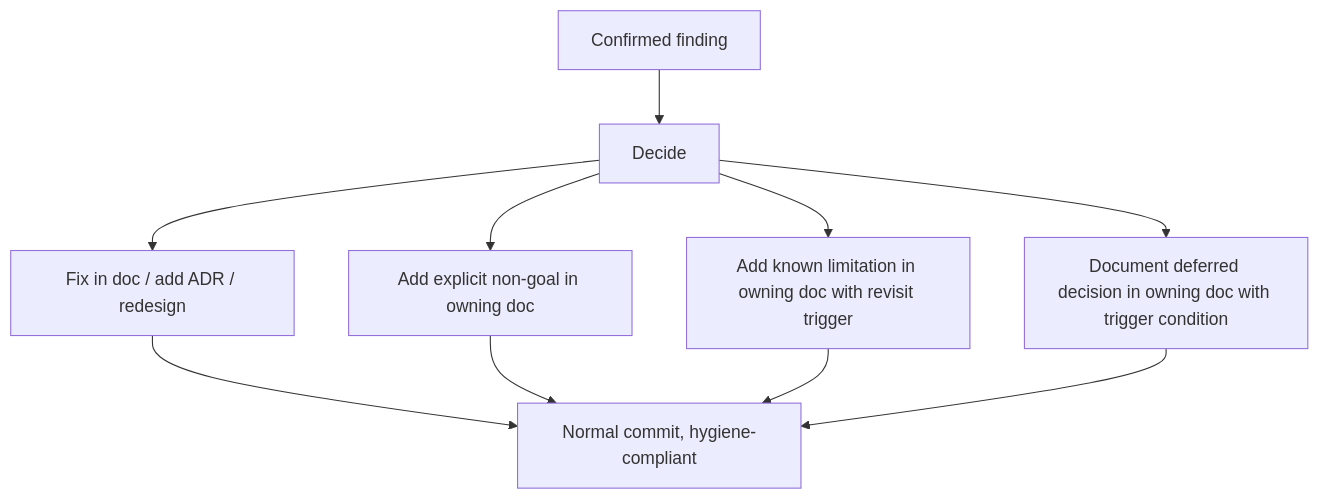
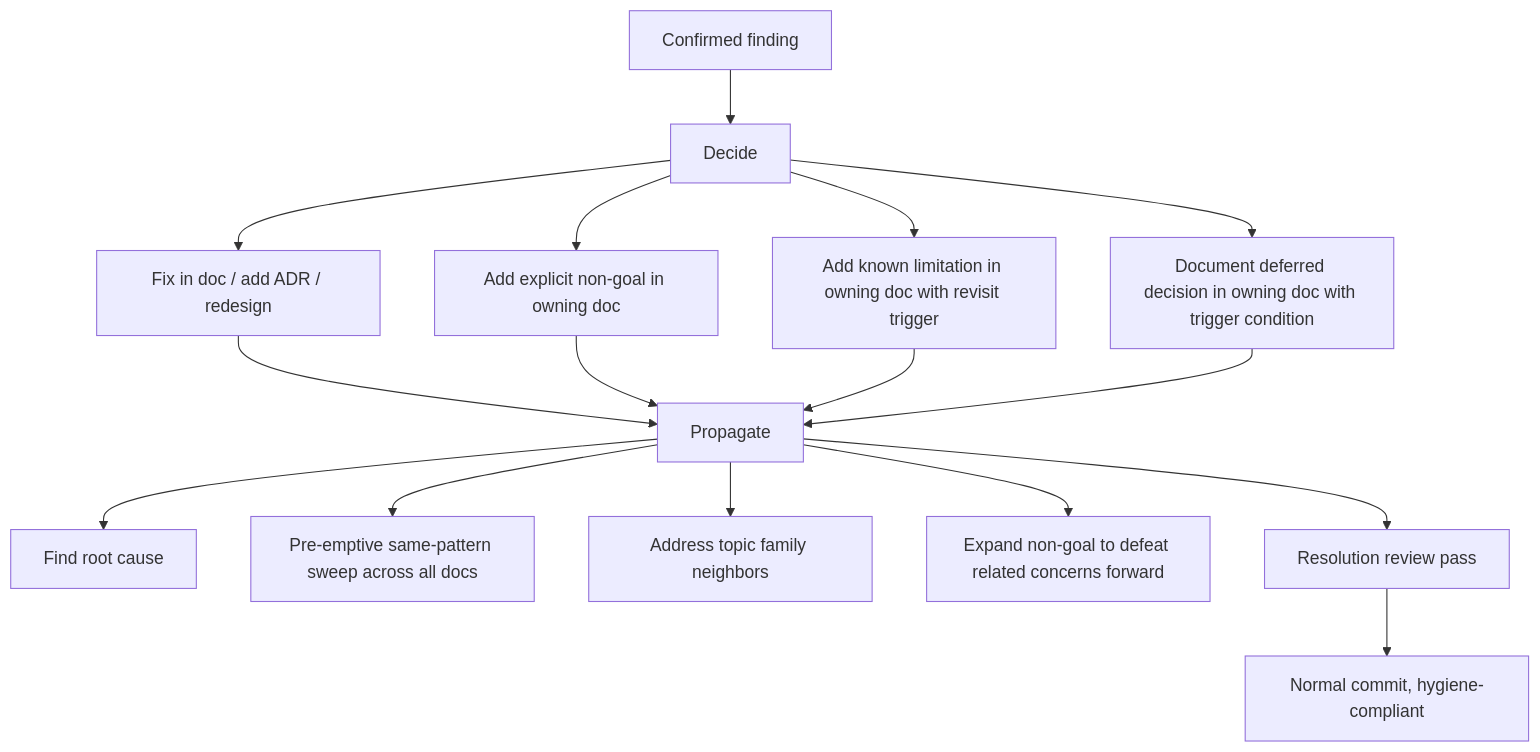
The diagram in procedure/action-discipline.md (1qh/lens), drawn with Mermaid before and after one commit. The commit also changed other lines of this file and 2 other files, not shown here.

Commit message:
fold convergence accelerators: root-cause batch, pre-emptive sweep, topic family, resolution review

````diff
--- a/procedure/action-discipline.md
+++ b/procedure/action-discipline.md
@@ -5,12 +5,18 @@
 ```mermaid
 flowchart TD
     Finding[Confirmed finding] --> Decide
     Decide --> Fix[Fix in doc / add ADR / redesign]
     Decide --> NonGoal[Add explicit non-goal in owning doc]
     Decide --> Limitation[Add known limitation in owning doc with revisit trigger]
     Decide --> Deferred[Document deferred decision in owning doc with trigger condition]
-    Fix --> Commit[Normal commit, hygiene-compliant]
-    NonGoal --> Commit
-    Limitation --> Commit
-    Deferred --> Commit
+    Fix --> Propagate
+    NonGoal --> Propagate
+    Limitation --> Propagate
+    Deferred --> Propagate
+    Propagate --> Root[Find root cause]
+    Propagate --> Sweep[Pre-emptive same-pattern sweep across all docs]
+    Propagate --> Family[Address topic family neighbors]
+    Propagate --> Forward[Expand non-goal to defeat related concerns forward]
+    Propagate --> Review[Resolution review pass]
+    Review --> Commit[Normal commit, hygiene-compliant]
 ```
````
